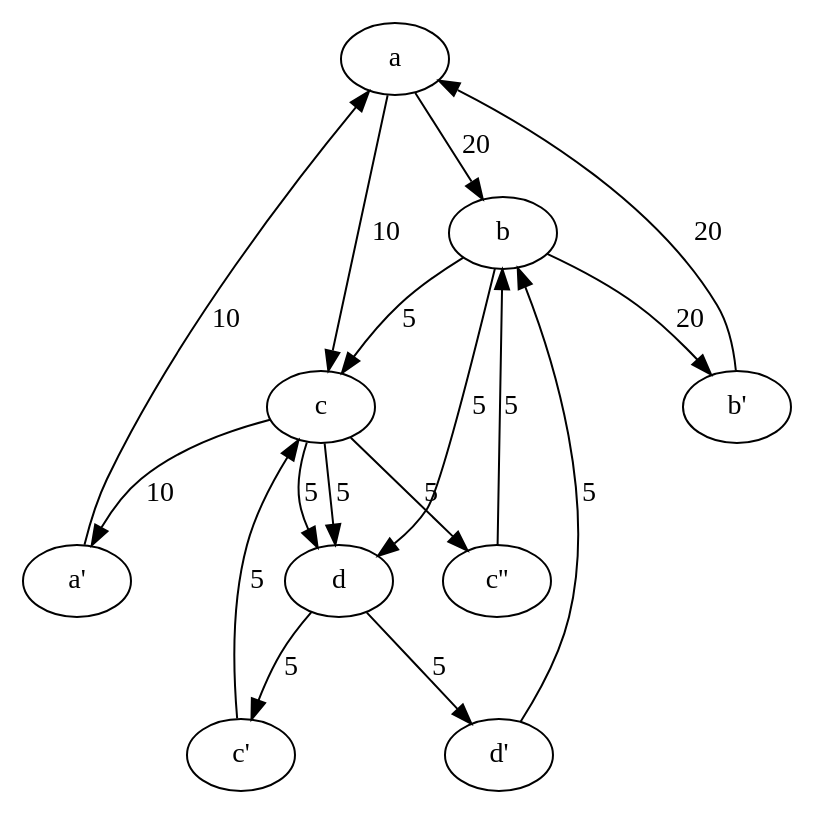
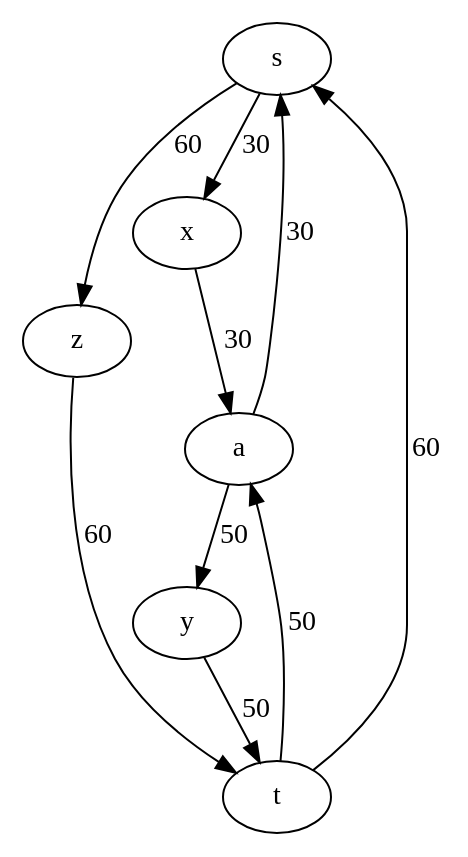
One commit to ulrikrasmussen/AAD changed the diagram in assignment1/graph1.dot. Above: the diagram before and after it, drawn with Graphviz. The commit also changed 2 other files, not shown here.

Commit message:
update graphs

```diff
--- a/assignment1/graph1.dot
+++ b/assignment1/graph1.dot
@@ -1,21 +1,6 @@
 digraph g {
-    a;
-    b;
-    c;
-    d;
-    "a'";
-    "b'";
-    "c'";
-    "c''";
-    "d'";
-
-    a -> b[label="20"];
-    a -> c[label="10"];
-    b -> "b'" -> a[label="20"];
-    c -> "a'" -> a[label="10"];
-    c -> d[label="5"];
-    b -> d -> "d'" -> b[label="5"];
-    b -> c -> "c''" -> b[label="5"];
-    d -> "c'" -> c -> d[label="5"];
+    s -> x -> a -> s [label="30"];
+    a -> y -> t -> a [label="50"];
+    s -> z -> t -> s [label="60"];
     
 }
```
